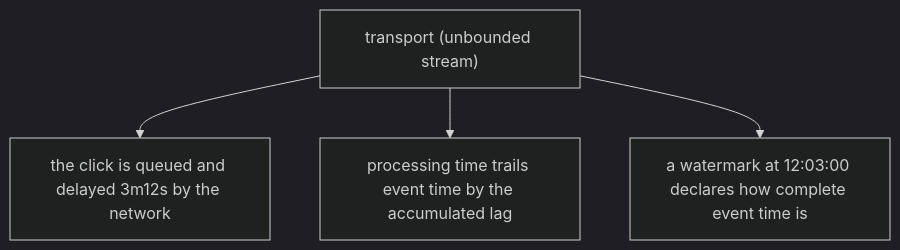
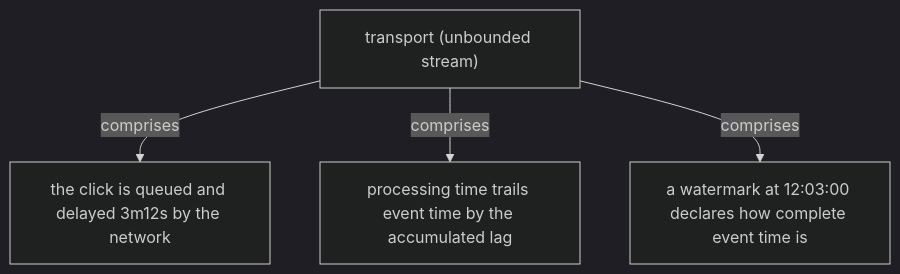
The fifth of 19 diagrams in docs/ch01-streaming-101.md (vinayakuber/streaming-systems-study-guide), drawn with Mermaid (dark theme) before and after one commit. The commit also changed other lines of this file and 22 other files, not shown here.

First line of the commit message:
R18: label every diagram arrow with its meaning

````diff
--- a/docs/ch01-streaming-101.md
+++ b/docs/ch01-streaming-101.md
@@ -148,7 +148,7 @@
 ```mermaid
 flowchart TD
   R["transport (unbounded stream)"]
-  R --> P0["the click is queued and delayed 3m12s by the network"]
-  R --> P1["processing time trails event time by the accumulated lag"]
-  R --> P2["a watermark at 12:03:00 declares how complete event time is"]
+  R -->|"comprises"| P0["the click is queued and delayed 3m12s by the network"]
+  R -->|"comprises"| P1["processing time trails event time by the accumulated lag"]
+  R -->|"comprises"| P2["a watermark at 12:03:00 declares how complete event time is"]
 ```
````
